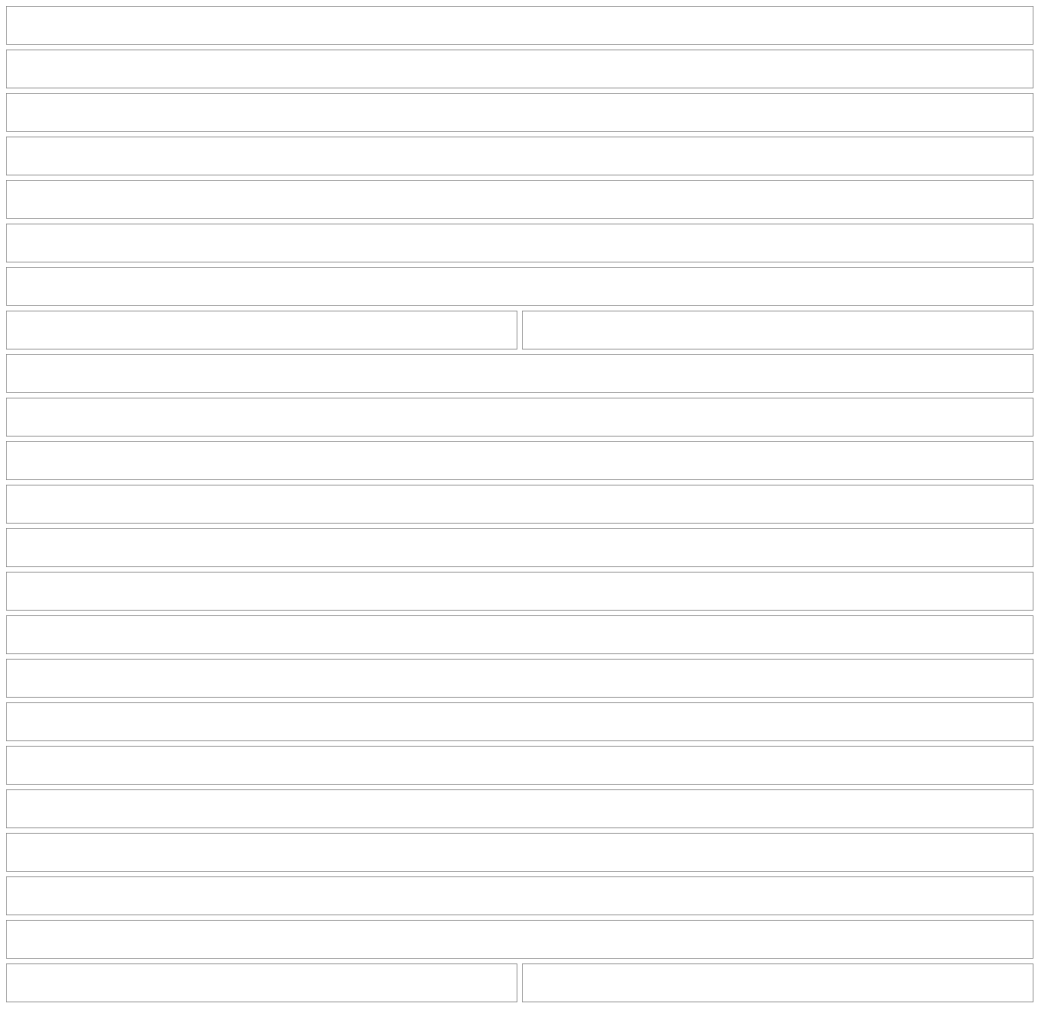
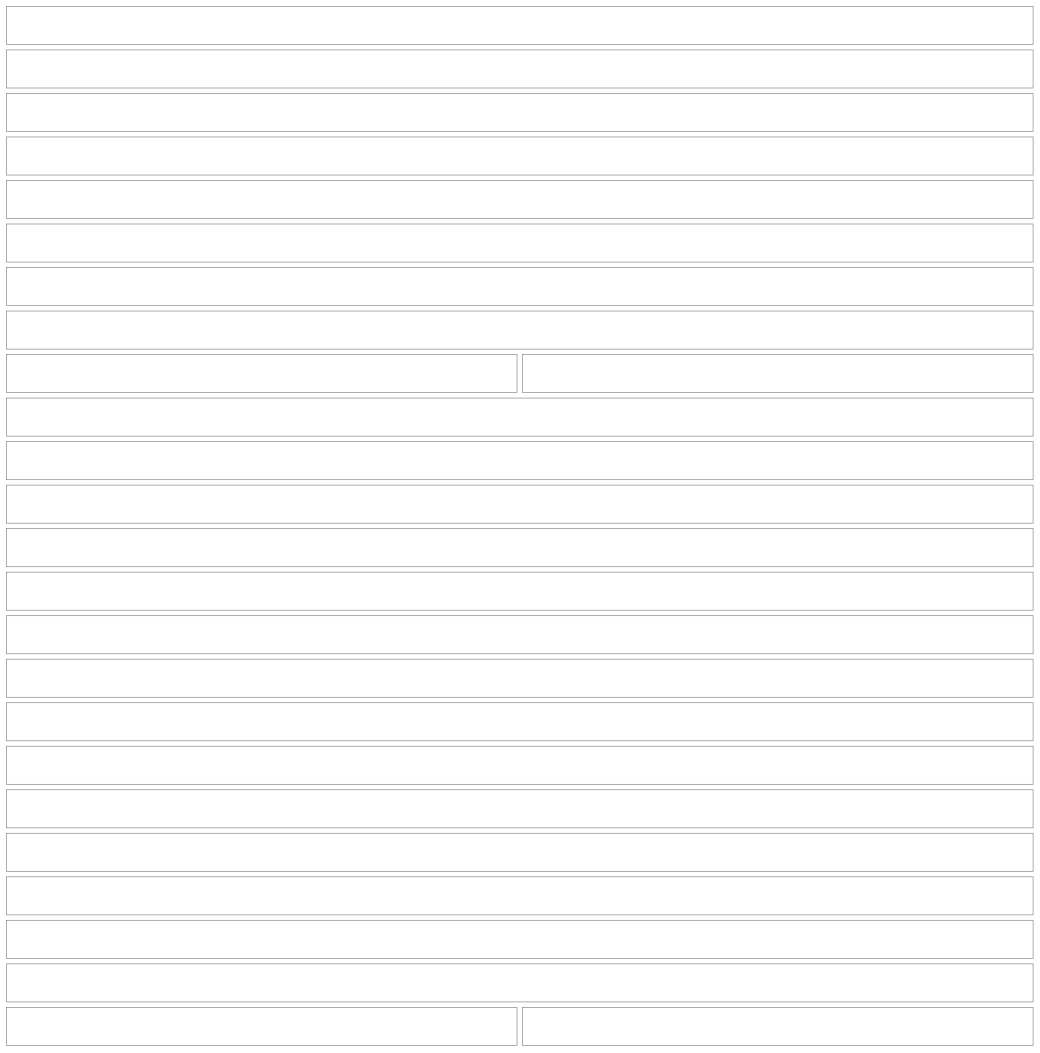
Diagram 20 of 55 in src/apps/pinch/UX.md (NovaMoonX/moondreams-dev-apps), drawn with Mermaid before and after one commit. The commit also changed other lines of this file and 6 other files, not shown here.

````diff
--- a/src/apps/pinch/UX.md
+++ b/src/apps/pinch/UX.md
@@ -663,55 +665,57 @@
 ```mermaid
 %%{init: {'theme': 'base', 'themeVariables': {'primaryColor': 'transparent', 'primaryBorderColor': '#888888', 'primaryTextColor': '#333333', 'lineColor': '#888888'}}}%%
 block-beta
   columns 2
   T1["Adobo chicken"]:2
   T1a["From Serious Eats  (a quiet underlined link under the title; shows the recipes from there)"]:2
   T1b["Sticky, tangy chicken thighs braised in soy and vinegar. (two lines, More)"]:2
   T2["4 servings · 45 min · $3.20+ per serving ⚠  (the cost only once something is priced)"]:2
   T3["✅ Cooked 3 times, last Oct 12 ›  ·  🥛 5 servings in the fridge [Eat by tomorrow] / ❄️ 5 servings in the freezer ›  ·  📝 Last time: double the garlic… ›  (one tinted block, a row each, only when there is something in it)"]:2
   T3d["Plan it / Start cooking · I cooked this · Shopping list · Put away (chips)"]:2
   T7["INGREDIENTS (a count only past ten)"]:2
+  T7b["— For the chicken — (group headings, only when the recipe has groups)"]:2
   T8["Chicken thighs<br/>No price yet (only in a partly priced recipe)"]:1
   T9["2 lb"]:1
   T4["$12.80 so far · Cost · For 4 servings (no tile while nothing is priced)"]:2
   T5["Per serving 🔥 495 · 💪 61g (when on)"]:2
   T6["Lime juice and 3 more need a price · Add prices   Not now"]:2
   T10["STEPS"]:2
   T11["1. Marinate the chicken…"]:2
   C1["KEEPING IT (only when there is something to say)"]:2
   C2["🥛 Keeps 3 days in the fridge · ❄️ Keeps 3 months in the freezer"]:2
   C3["♨️ Reheat: warm it in a covered pan… · 💡 the tip, in your words"]:2
   N1["NOTES (a count only past ten or while some are folded)"]:2
   N2["Add a note · Something to remember next time"]:2
   N3["Oct 11 · Edit · After cooking on Oct 11 · Much better with less vinegar… (More) · Apply to the recipe"]:2
   N4["Changed on Oct 6 · Tweak · Edit · You changed: White vinegar 0.5 → 0.25 cup · the why"]:2
   N5["Sep 30 · Edit · Mom says a splash of… · Written before your Oct 6 tweak"]:2
   N6["Show 7 more (past five entries, when more than three would hide)"]:2
   T12["Modify"]:1
   T13["Plan it (Start cooking when it is on today's plan)"]:1
   style T1 fill:transparent,stroke:#888888,stroke-width:1px;
   style T1a fill:transparent,stroke:#888888,stroke-width:1px;
   style T1b fill:transparent,stroke:#888888,stroke-width:1px;
   style T2 fill:transparent,stroke:#888888,stroke-width:1px;
   style T3 fill:transparent,stroke:#888888,stroke-width:1px;
   style T3d fill:transparent,stroke:#888888,stroke-width:1px;
   style T4 fill:transparent,stroke:#888888,stroke-width:1px;
   style T5 fill:transparent,stroke:#888888,stroke-width:1px;
   style T6 fill:transparent,stroke:#888888,stroke-width:1px;
   style T7 fill:transparent,stroke:#888888,stroke-width:1px;
+  style T7b fill:transparent,stroke:#888888,stroke-width:1px;
   style T8 fill:transparent,stroke:#888888,stroke-width:1px;
   style T9 fill:transparent,stroke:#888888,stroke-width:1px;
   style T10 fill:transparent,stroke:#888888,stroke-width:1px;
   style T11 fill:transparent,stroke:#888888,stroke-width:1px;
   style C1 fill:transparent,stroke:#888888,stroke-width:1px;
   style C2 fill:transparent,stroke:#888888,stroke-width:1px;
   style C3 fill:transparent,stroke:#888888,stroke-width:1px;
   style T12 fill:transparent,stroke:#888888,stroke-width:1px;
   style T13 fill:transparent,stroke:#888888,stroke-width:1px;
   style N1 fill:transparent,stroke:#888888,stroke-width:1px;
   style N2 fill:transparent,stroke:#888888,stroke-width:1px;
   style N3 fill:transparent,stroke:#888888,stroke-width:1px;
   style N4 fill:transparent,stroke:#888888,stroke-width:1px;
   style N5 fill:transparent,stroke:#888888,stroke-width:1px;
   style N6 fill:transparent,stroke:#888888,stroke-width:1px;
 ```
````
